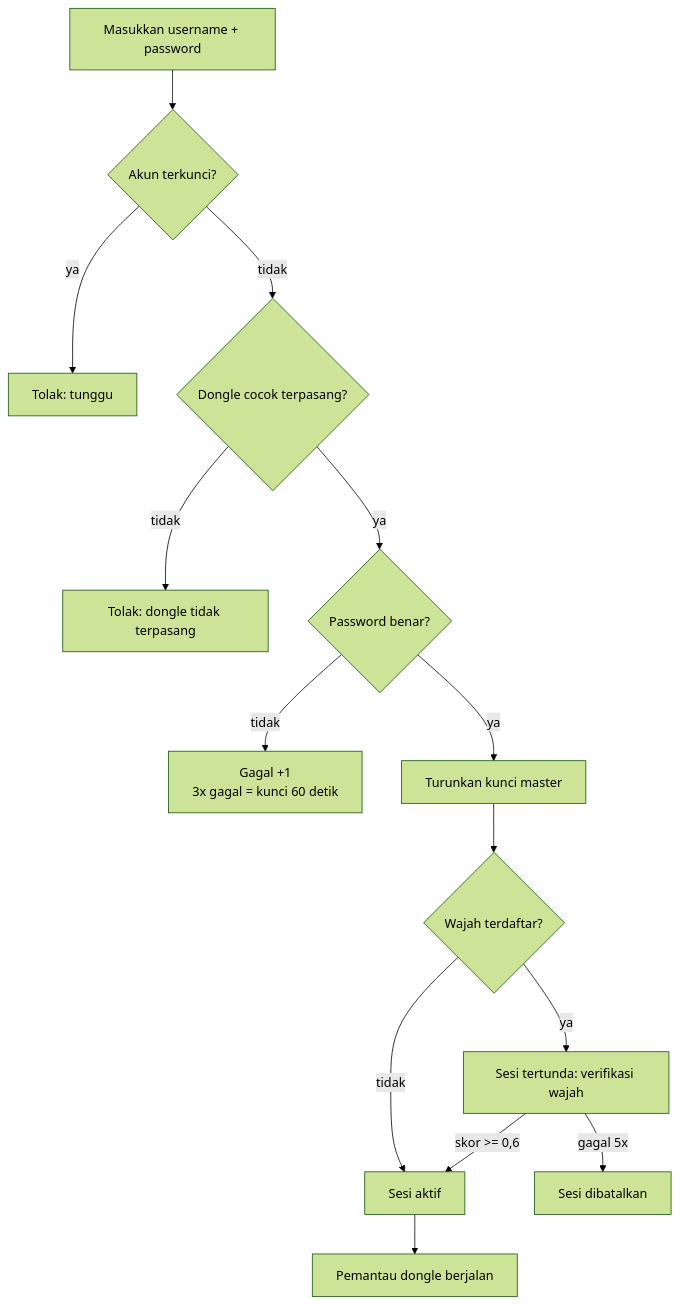
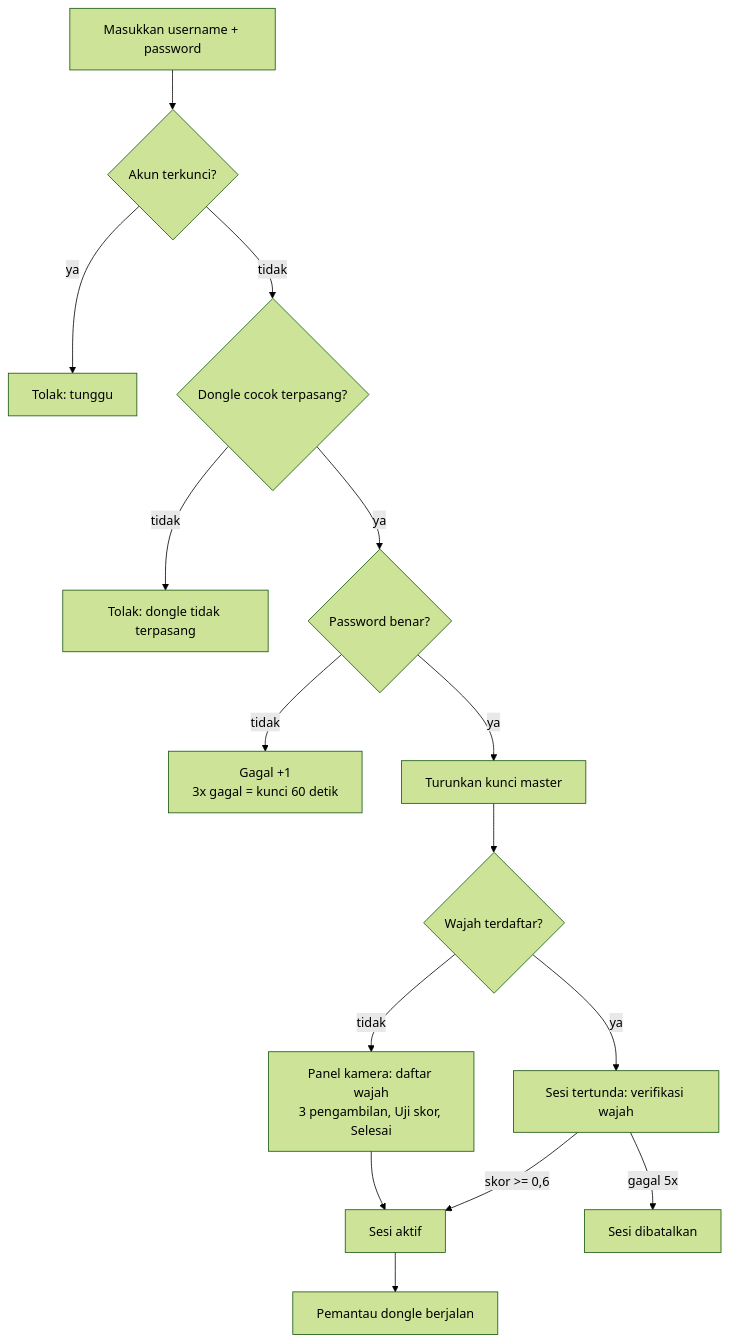
Before and after one commit to anubluskrin/TA-Kriptoasik: the second of 3 diagrams in README.md, drawn with Mermaid (forest theme). The commit also changed other lines of this file, not shown here.

````diff
--- a/README.md
+++ b/README.md
@@ -134,16 +152,17 @@
 ```mermaid
 flowchart TD
   A[Masukkan username + password] --> B{Akun terkunci?}
   B -- ya --> X[Tolak: tunggu]
   B -- tidak --> C{Dongle cocok terpasang?}
   C -- tidak --> X2[Tolak: dongle tidak terpasang]
   C -- ya --> D{Password benar?}
   D -- tidak --> E[Gagal +1\n3x gagal = kunci 60 detik]
   D -- ya --> F[Turunkan kunci master]
   F --> G{Wajah terdaftar?}
-  G -- tidak --> H[Sesi aktif]
+  G -- tidak --> J[Panel kamera: daftar wajah\n3 pengambilan, Uji skor, Selesai]
+  J --> H[Sesi aktif]
   G -- ya --> I[Sesi tertunda: verifikasi wajah]
   I -- skor >= 0,6 --> H
   I -- gagal 5x --> X3[Sesi dibatalkan]
   H --> M[Pemantau dongle berjalan]
 ```
````
